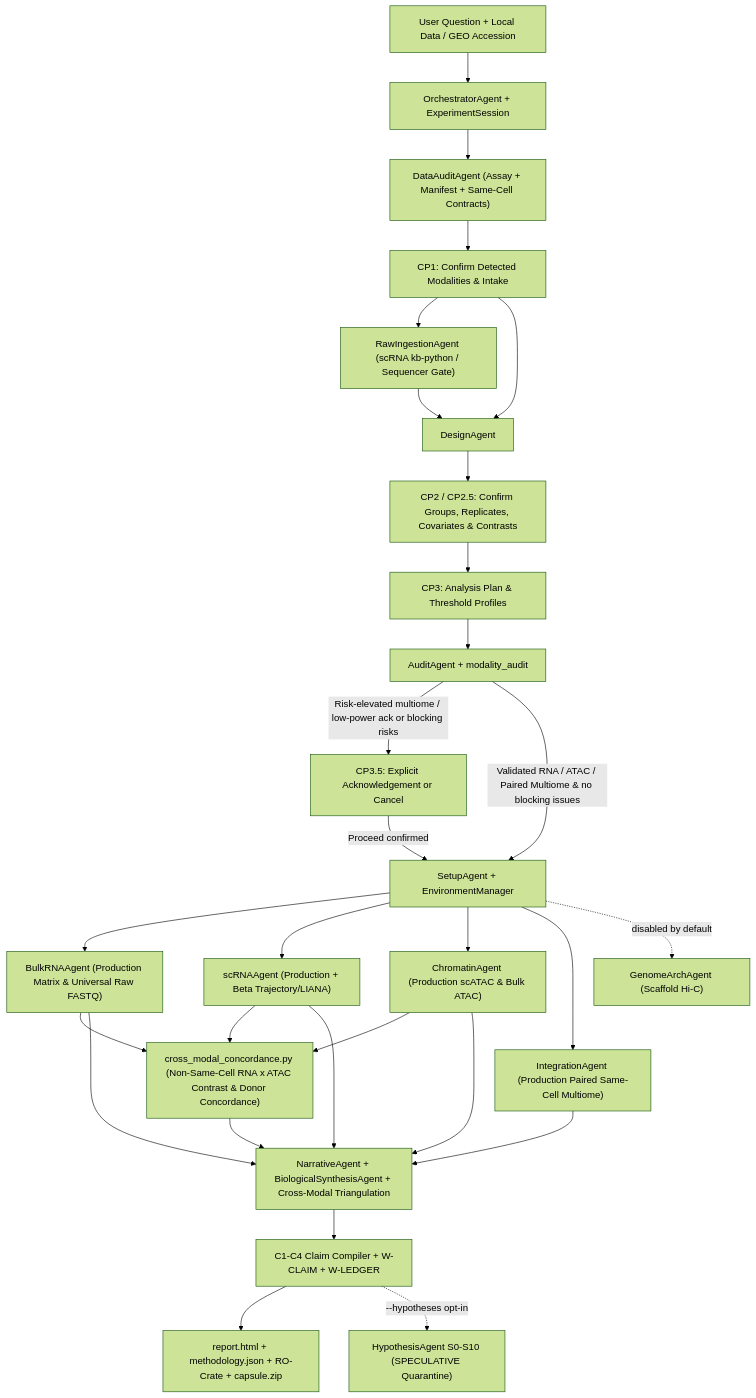
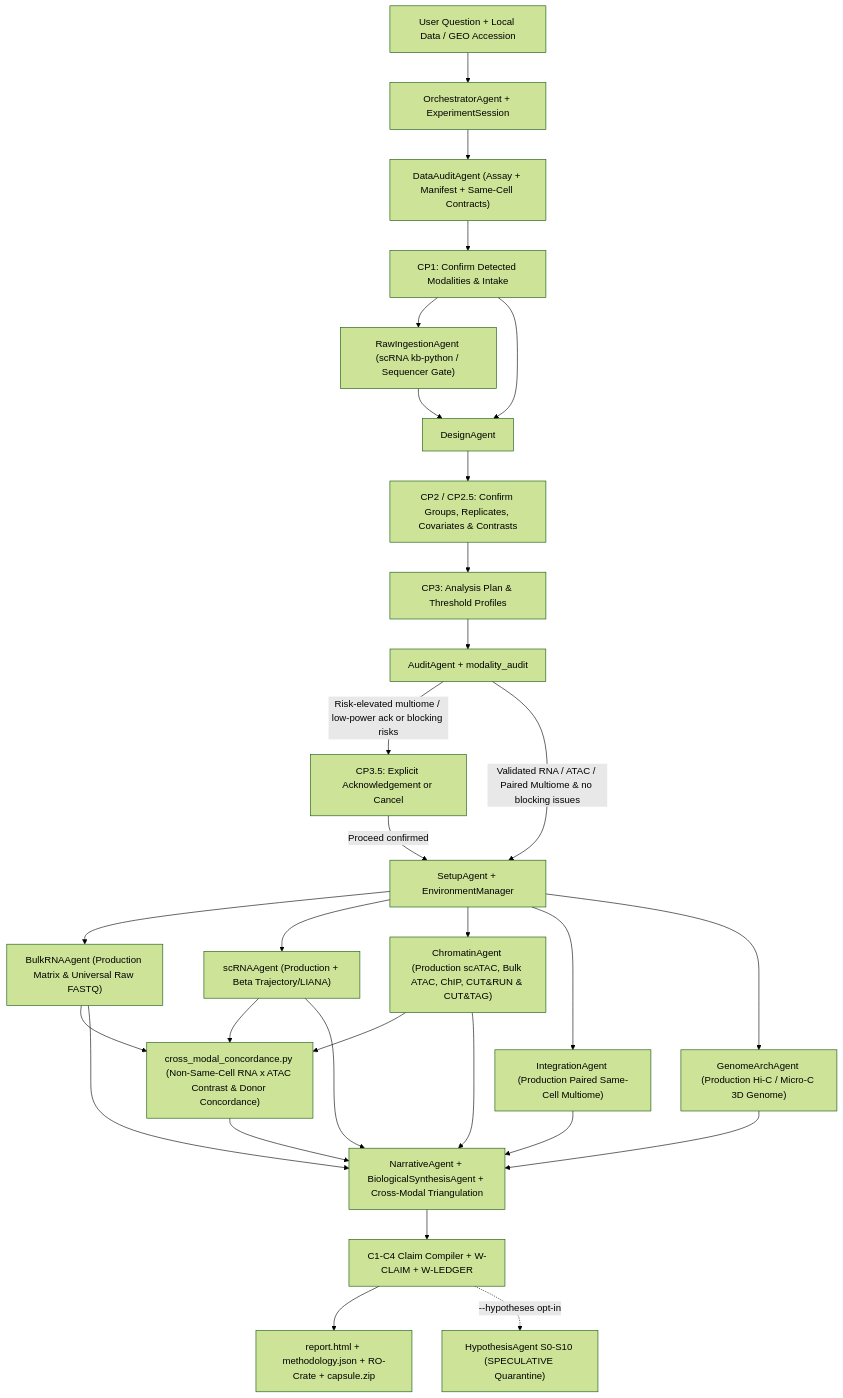
Before and after one commit to Olascoaga/aria-omics: the diagram in docs/architecture/overview.md, drawn with Mermaid (forest theme). The commit also changed other lines of this file and 66 other files, not shown here.

````diff
--- a/docs/architecture/overview.md
+++ b/docs/architecture/overview.md
@@ -16,31 +16,32 @@
 ```mermaid
 flowchart TD
     U["User Question + Local Data / GEO Accession"] --> O["OrchestratorAgent + ExperimentSession"]
     O --> DA["DataAuditAgent (Assay + Manifest + Same-Cell Contracts)"]
     DA --> CP1["CP1: Confirm Detected Modalities & Intake"]
     CP1 --> RAW["RawIngestionAgent (scRNA kb-python / Sequencer Gate)"]
     CP1 --> D["DesignAgent"]
     RAW --> D
     D --> CP2["CP2 / CP2.5: Confirm Groups, Replicates, Covariates & Contrasts"]
     CP2 --> CP3["CP3: Analysis Plan & Threshold Profiles"]
     CP3 --> A["AuditAgent + modality_audit"]
     A -->|Risk-elevated multiome / low-power ack or blocking risks| CP35["CP3.5: Explicit Acknowledgement or Cancel"]
     A -->|Validated RNA / ATAC / Paired Multiome & no blocking issues| SETUP["SetupAgent + EnvironmentManager"]
     CP35 -->|Proceed confirmed| SETUP
     SETUP --> B["BulkRNAAgent (Production Matrix & Universal Raw FASTQ)"]
     SETUP --> S["scRNAAgent (Production + Beta Trajectory/LIANA)"]
-    SETUP --> C["ChromatinAgent (Production scATAC & Bulk ATAC)"]
+    SETUP --> C["ChromatinAgent (Production scATAC, Bulk ATAC, ChIP, CUT&RUN & CUT&TAG)"]
     SETUP --> INT["IntegrationAgent (Production Paired Same-Cell Multiome)"]
-    SETUP -. disabled by default .-> H["GenomeArchAgent (Scaffold Hi-C)"]
+    SETUP --> H["GenomeArchAgent (Production Hi-C / Micro-C 3D Genome)"]
     B --> CM["cross_modal_concordance.py (Non-Same-Cell RNA x ATAC Contrast & Donor Concordance)"]
     S --> CM
     C --> CM
     B --> N["NarrativeAgent + BiologicalSynthesisAgent + Cross-Modal Triangulation"]
     S --> N
     C --> N
+    H --> N
     CM --> N
     INT --> N
     N --> COMP["C1-C4 Claim Compiler + W-CLAIM + W-LEDGER"]
     COMP --> R["report.html + methodology.json + RO-Crate + capsule.zip"]
     COMP -. "--hypotheses opt-in" .-> HYPO["HypothesisAgent S0-S10 (SPECULATIVE Quarantine)"]
 ```
````
